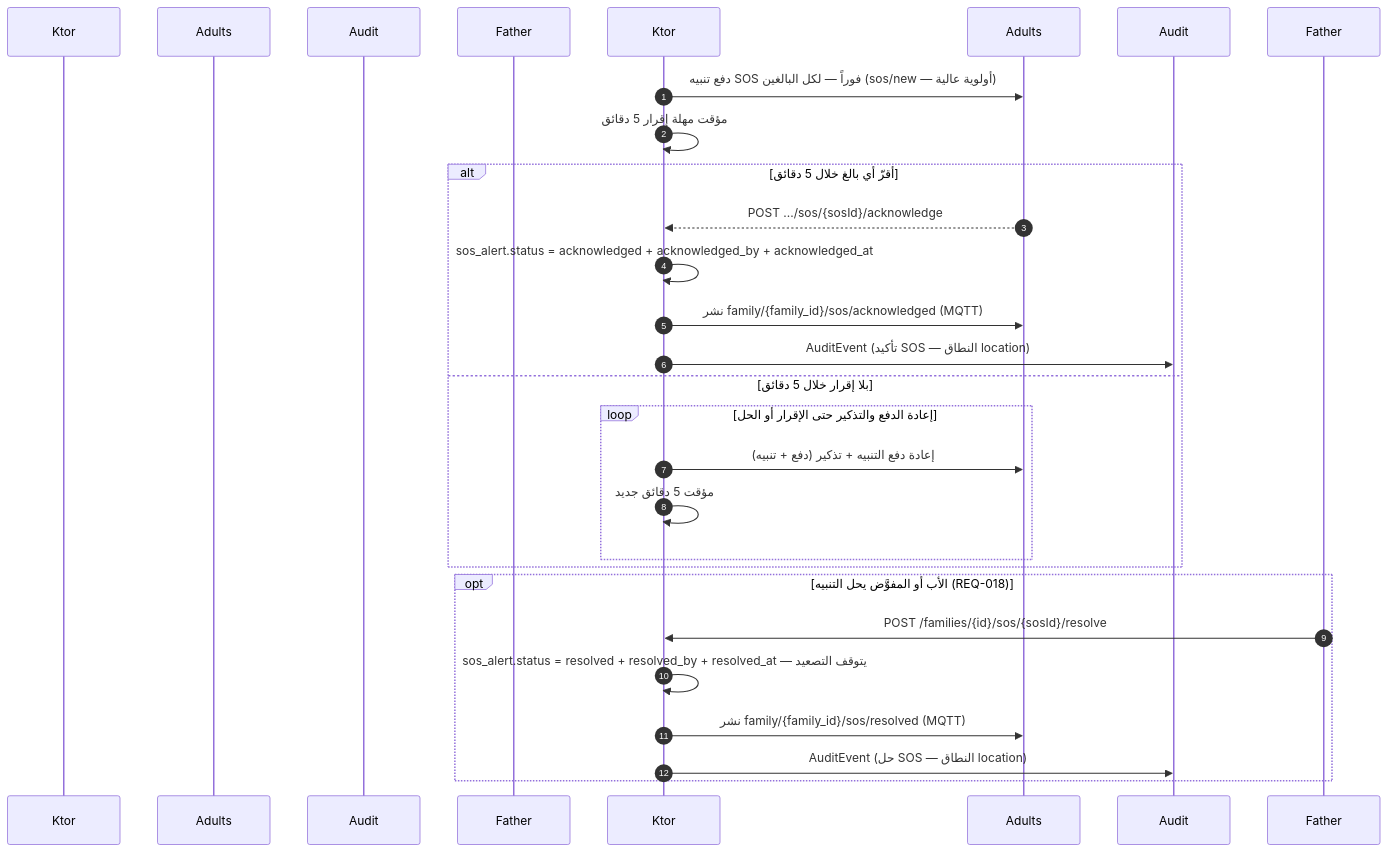
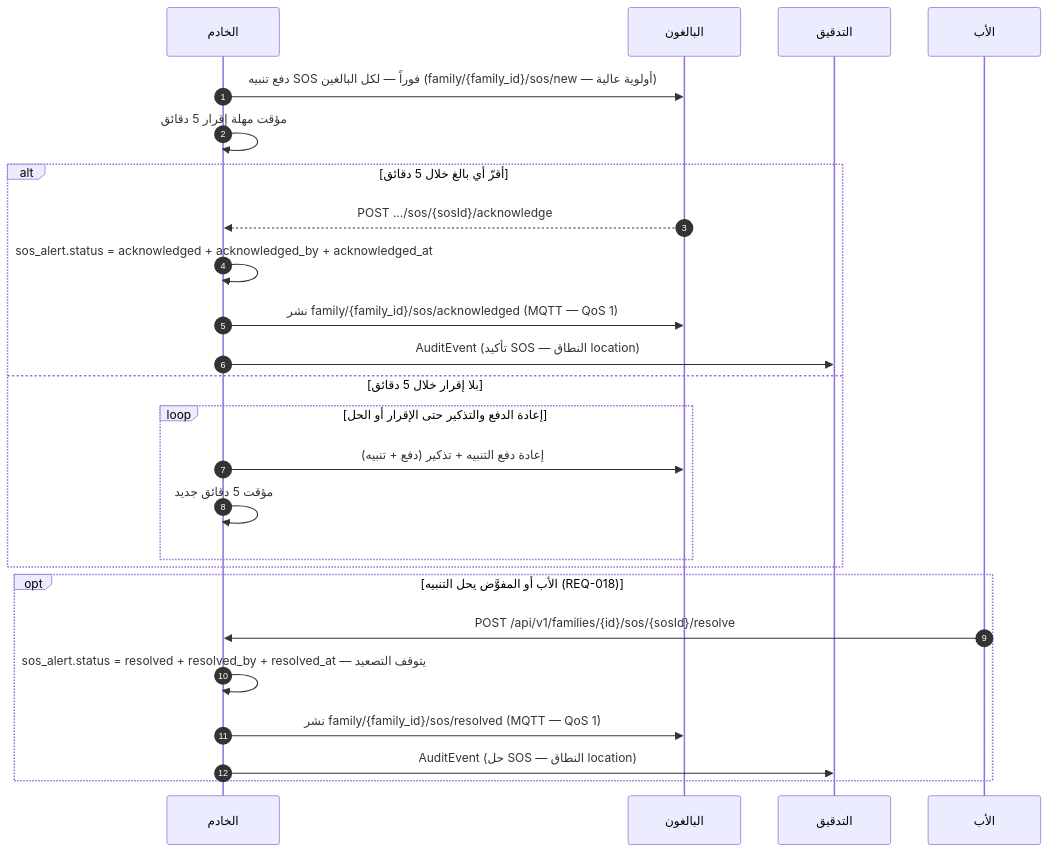
Before and after one commit to Bassam-mohammed-alqaeadi/family-os-v2: the tenth of 13 diagrams in docs/family-os/governance/phases/phase-1/S1-07-location-basic/DIAGRAMS.md, drawn with Mermaid. The commit also changed other lines of this file and 10 other files, not shown here.

Commit message:
إغلاق المراجعة الشاملة R1–R5 (Q-196…Q-231) — المخططات DIAGRAMS + خريطة السياق (2/4)

````diff
--- a/docs/family-os/governance/phases/phase-1/S1-07-location-basic/DIAGRAMS.md
+++ b/docs/family-os/governance/phases/phase-1/S1-07-location-basic/DIAGRAMS.md
@@ -330,27 +329,27 @@
 ```mermaid
 sequenceDiagram
     autonumber
-    participant الخادم as Ktor
-    participant البالغون as Adults
-    participant التدقيق as Audit
-    participant الأب as Father
-    Ktor->>Adults: دفع تنبيه SOS فوراً — لكل البالغين (sos/new — أولوية عالية)
+    participant Ktor as الخادم
+    participant Adults as البالغون
+    participant Audit as التدقيق
+    participant Father as الأب
+    Ktor->>Adults: دفع تنبيه SOS فوراً — لكل البالغين (family/{family_id}/sos/new — أولوية عالية)
     Ktor->>Ktor: مؤقت مهلة إقرار 5 دقائق
     alt أقرّ أي بالغ خلال 5 دقائق
         Adults-->>Ktor: POST .../sos/{sosId}/acknowledge
         Ktor->>Ktor: sos_alert.status = acknowledged + acknowledged_by + acknowledged_at
-        Ktor->>Adults: نشر family/{family_id}/sos/acknowledged (MQTT)
+        Ktor->>Adults: نشر family/{family_id}/sos/acknowledged (MQTT — QoS 1)
         Ktor->>Audit: AuditEvent (تأكيد SOS — النطاق location)
     else بلا إقرار خلال 5 دقائق
         loop إعادة الدفع والتذكير حتى الإقرار أو الحل
             Ktor->>Adults: إعادة دفع التنبيه + تذكير (دفع + تنبيه)
             Ktor->>Ktor: مؤقت 5 دقائق جديد
         end
     end
     opt الأب أو المفوَّض يحل التنبيه (REQ-018)
-        Father->>Ktor: POST /families/{id}/sos/{sosId}/resolve
+        Father->>Ktor: POST /api/v1/families/{id}/sos/{sosId}/resolve
         Ktor->>Ktor: sos_alert.status = resolved + resolved_by + resolved_at — يتوقف التصعيد
-        Ktor->>Adults: نشر family/{family_id}/sos/resolved (MQTT)
+        Ktor->>Adults: نشر family/{family_id}/sos/resolved (MQTT — QoS 1)
         Ktor->>Audit: AuditEvent (حل SOS — النطاق location)
     end
 ```
````
